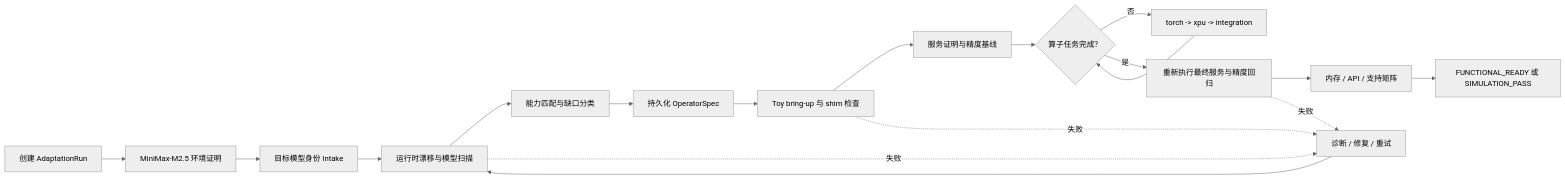
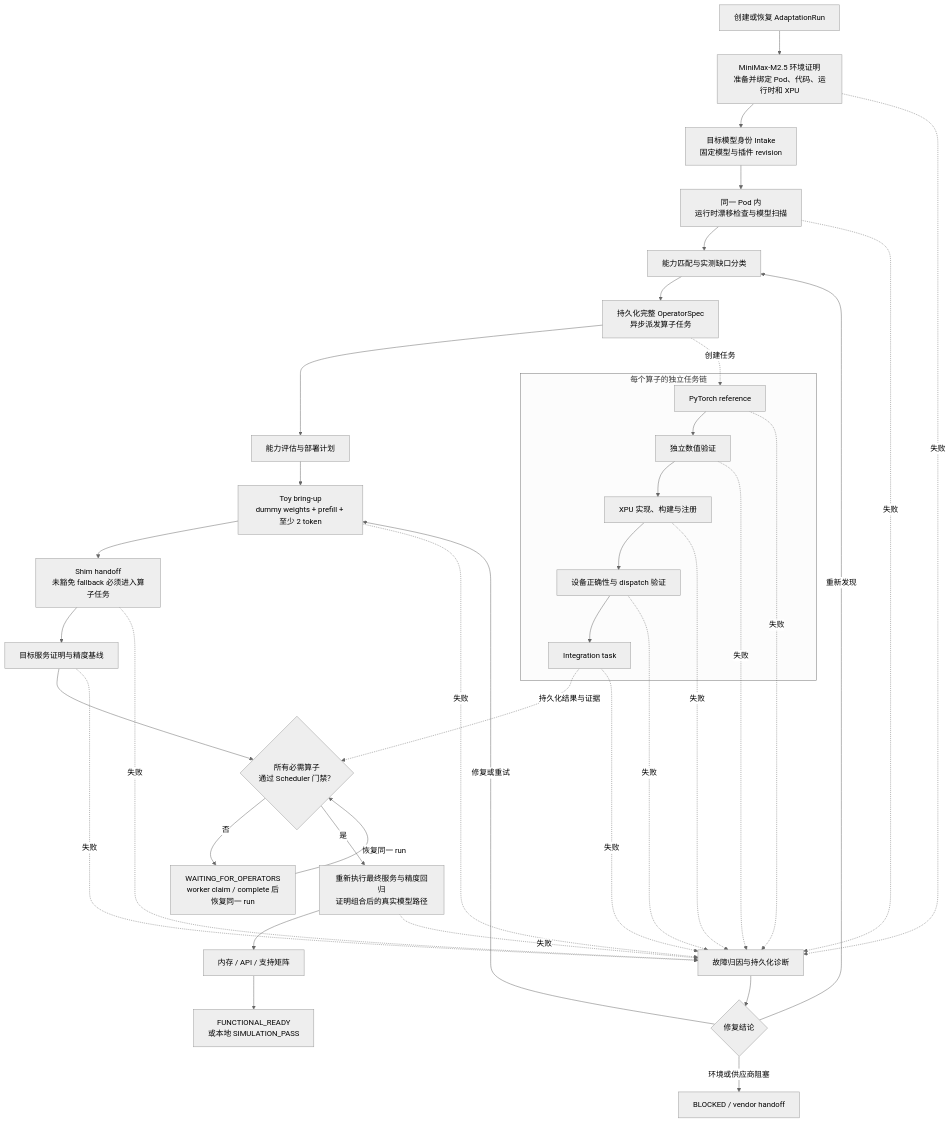
The second of 3 diagrams in README.md (xyDong0223/infer-forge-harness), drawn with Mermaid (neutral theme) before and after one commit. The commit also changed other lines of this file, not shown here.

Commit message:
docs: update README workflow diagrams

````diff
--- a/README.md
+++ b/README.md
@@ -120,20 +120,44 @@
 ```mermaid
-flowchart LR
-    A["创建 AdaptationRun"] --> B["MiniMax-M2.5 环境证明"]
-    B --> C["目标模型身份 Intake"]
-    C --> D["运行时漂移与模型扫描"]
-    D --> E["能力匹配与缺口分类"]
-    E --> F["持久化 OperatorSpec"]
-    F --> G["Toy bring-up 与 shim 检查"]
-    G --> H["服务证明与精度基线"]
-    H --> I{"算子任务完成？"}
-    I -- 否 --> J["torch -> xpu -> integration"]
-    J --> I
-    I -- 是 --> K["重新执行最终服务与精度回归"]
-    K --> L["内存 / API / 支持矩阵"]
-    L --> M["FUNCTIONAL_READY 或 SIMULATION_PASS"]
-    D -. 失败 .-> N["诊断 / 修复 / 重试"]
-    G -. 失败 .-> N
-    K -. 失败 .-> N
-    N --> D
+flowchart TB
+    A["创建或恢复 AdaptationRun"] --> B["MiniMax-M2.5 环境证明<br/>准备并绑定 Pod、代码、运行时和 XPU"]
+    B --> C["目标模型身份 Intake<br/>固定模型与插件 revision"]
+    C --> D["同一 Pod 内<br/>运行时漂移检查与模型扫描"]
+    D --> E["能力匹配与实测缺口分类"]
+    E --> F["持久化完整 OperatorSpec<br/>异步派发算子任务"]
+    F --> G["能力评估与部署计划"]
+    G --> H["Toy bring-up<br/>dummy weights + prefill + 至少 2 token"]
+    H --> I["Shim handoff<br/>未豁免 fallback 必须进入算子任务"]
+    I --> J["目标服务证明与精度基线"]
+    J --> K{"所有必需算子<br/>通过 Scheduler 门禁？"}
+
+    subgraph O["每个算子的独立任务链"]
+        O1["PyTorch reference"] --> O2["独立数值验证"]
+        O2 --> O3["XPU 实现、构建与注册"]
+        O3 --> O4["设备正确性与 dispatch 验证"]
+        O4 --> O5["Integration task"]
+    end
+
+    F -. 创建任务 .-> O1
+    O5 -. 持久化结果与证据 .-> K
+    K -- 否 --> W["WAITING_FOR_OPERATORS<br/>worker claim / complete 后恢复同一 run"]
+    W -->|恢复同一 run| K
+    K -- 是 --> L["重新执行最终服务与精度回归<br/>证明组合后的真实模型路径"]
+    L --> M["内存 / API / 支持矩阵"]
+    M --> N["FUNCTIONAL_READY<br/>或本地 SIMULATION_PASS"]
+
+    B -. 失败 .-> X["故障归因与持久化诊断"]
+    D -. 失败 .-> X
+    H -. 失败 .-> X
+    I -. 失败 .-> X
+    J -. 失败 .-> X
+    L -. 失败 .-> X
+    O1 -. 失败 .-> X
+    O2 -. 失败 .-> X
+    O3 -. 失败 .-> X
+    O4 -. 失败 .-> X
+    O5 -. 失败 .-> X
+    X --> Y{"修复结论"}
+    Y -- 修复或重试 --> H
+    Y -- 重新发现 --> E
+    Y -- 环境或供应商阻塞 --> Z["BLOCKED / vendor handoff"]
 ```
````
